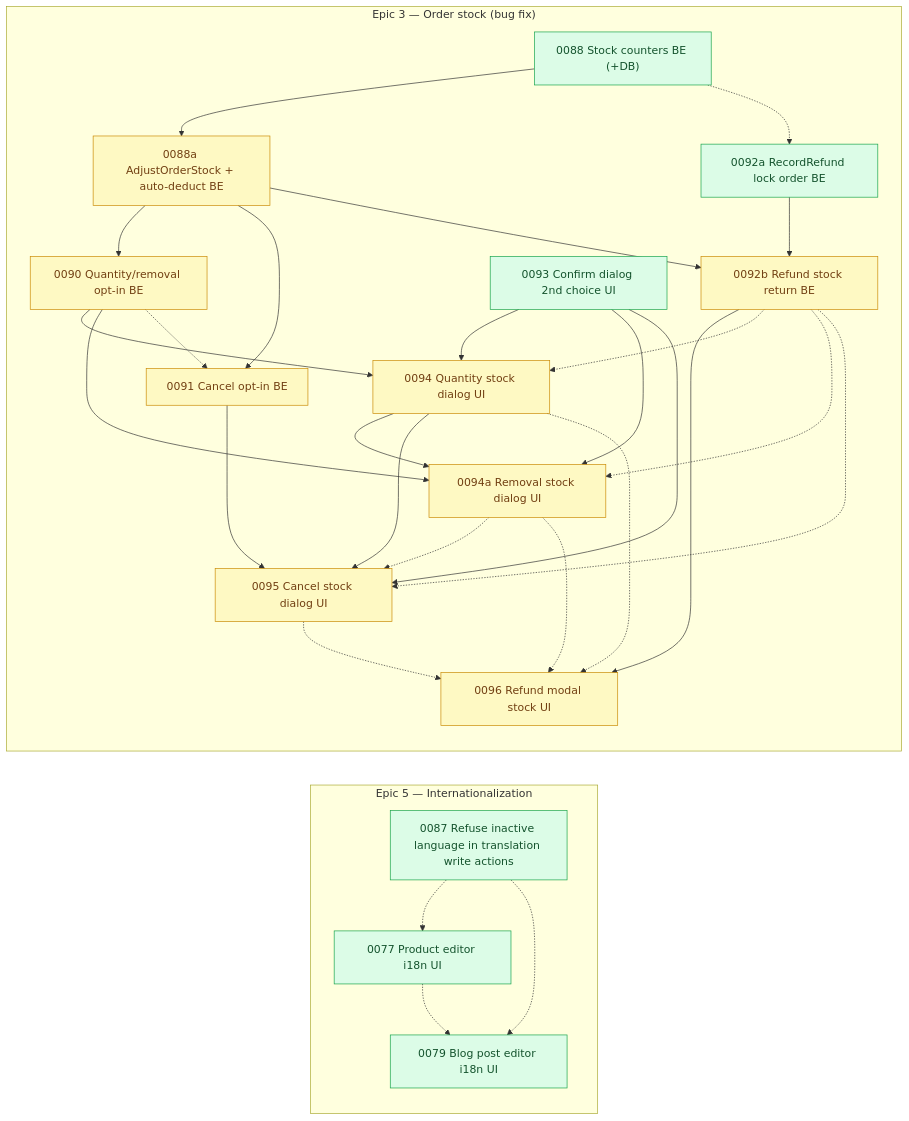
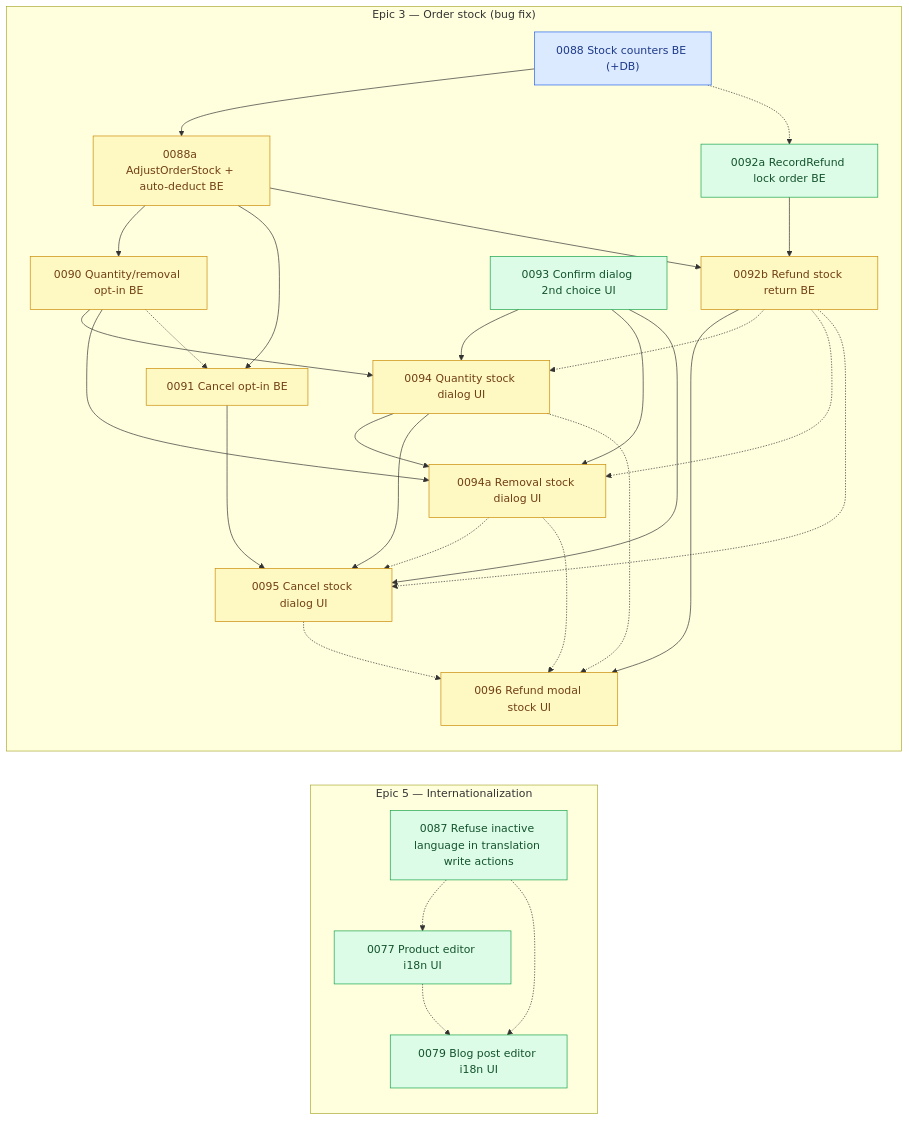
The diagram in arospe/ai-spec/tasks-map.md (shojen/AI4Devs-finalproject), drawn with Mermaid before and after one commit. The commit also changed other lines of this file and 6 other files, not shown here.

```diff
--- a/arospe/ai-spec/tasks-map.md
+++ b/arospe/ai-spec/tasks-map.md
@@ -627,7 +629,8 @@
     P0094 -.-> P0096
     P0094a -.-> P0096
     P0095 -.-> P0096
-    class P0088,P0092a,P0093 ready;
+    class P0092a,P0093 ready;
+    class P0088 claimed;
     class P0088a,P0090,P0091,P0092b,P0094,P0094a,P0095,P0096 pending;
 
     %% Standalone (no PRD epic)
```
